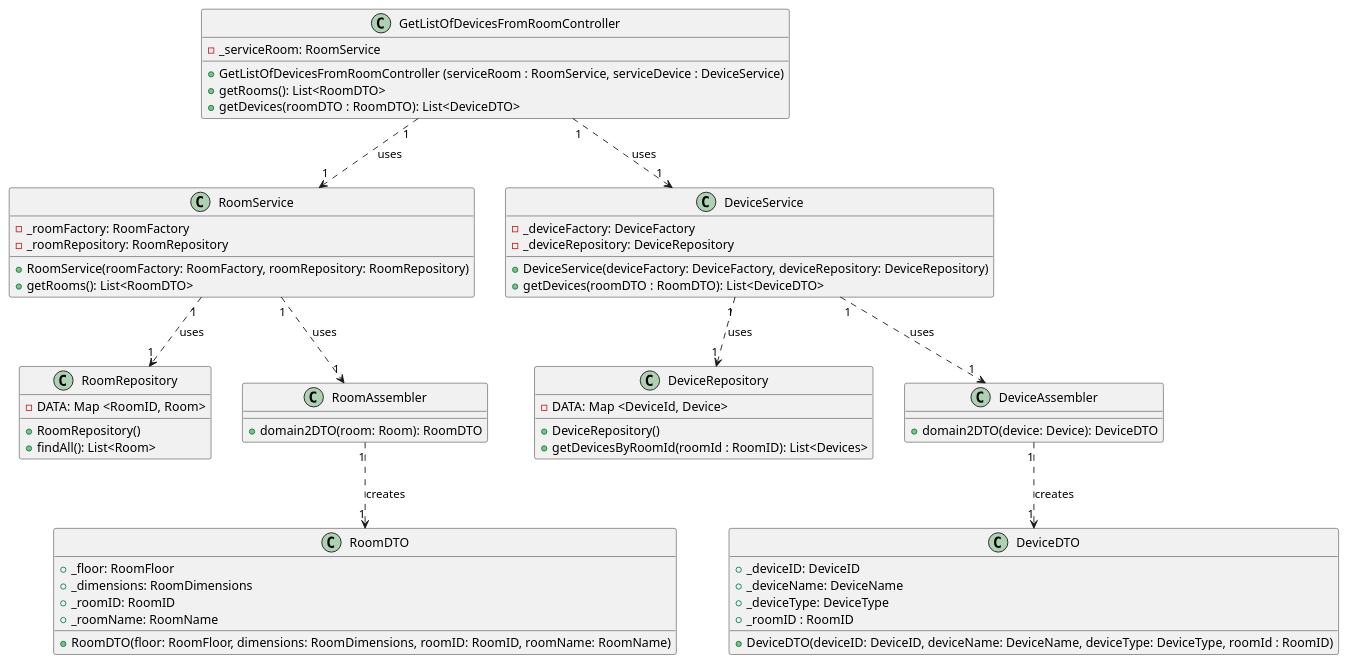
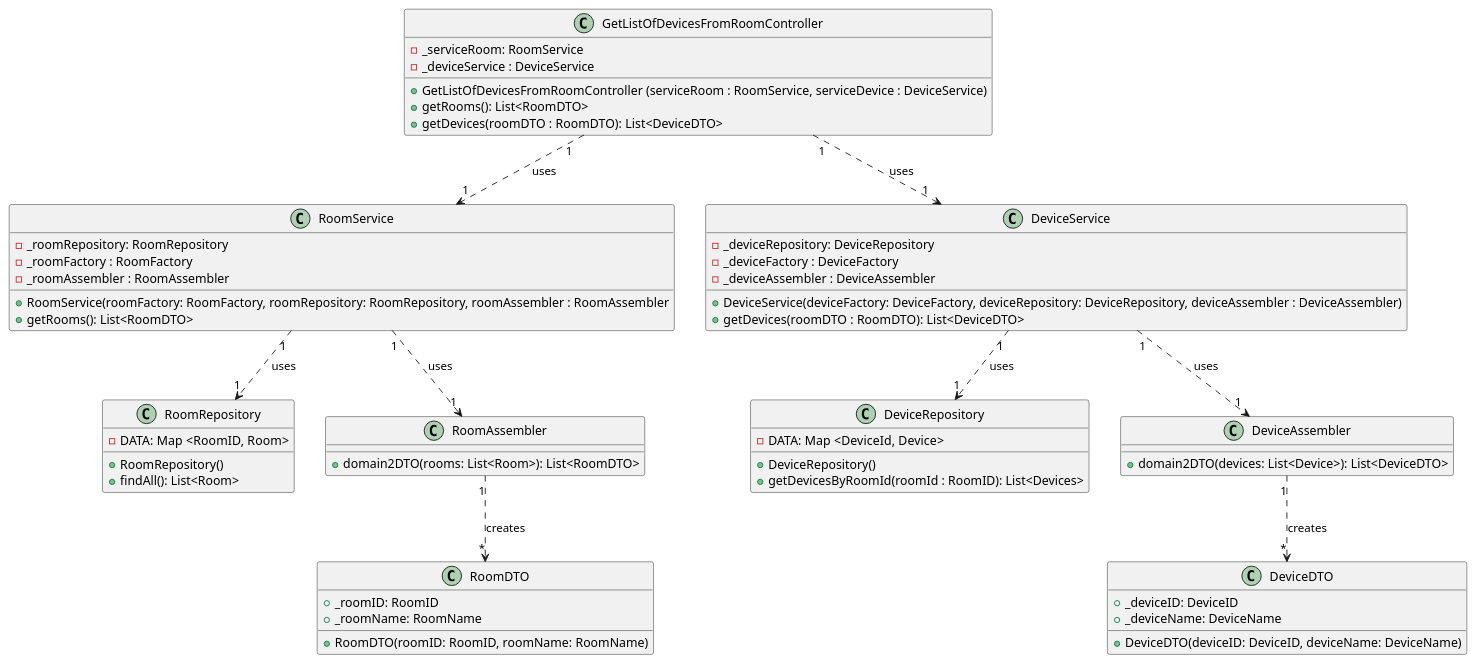
The diagram in docs/ood/classDiagram/US06GetListOfDevicesInRoom.puml (olivDiogo/SmartHome), drawn with PlantUML before and after one commit.

Commit message:
Update class diagram for US06 #75

```diff
--- a/docs/ood/classDiagram/US06GetListOfDevicesInRoom.puml
+++ b/docs/ood/classDiagram/US06GetListOfDevicesInRoom.puml
@@ -1,89 +1,88 @@
 @startuml
 'https://plantuml.com/class-diagram
 
 class GetListOfDevicesFromRoomController{
 'Attributes'
 - _serviceRoom: RoomService
+- _deviceService : DeviceService
 'Methods'
 +GetListOfDevicesFromRoomController (serviceRoom : RoomService, serviceDevice : DeviceService)
 +getRooms(): List<RoomDTO>
 +getDevices(roomDTO : RoomDTO): List<DeviceDTO>
 }
 
 class RoomService{
 'Attributes'
-- _roomFactory: RoomFactory
 - _roomRepository: RoomRepository
+-_roomFactory : RoomFactory
+- _roomAssembler : RoomAssembler
 'Methods'
-+RoomService(roomFactory: RoomFactory, roomRepository: RoomRepository)
++RoomService(roomFactory: RoomFactory, roomRepository: RoomRepository, roomAssembler : RoomAssembler
 +getRooms(): List<RoomDTO>
 }
 
 
 class RoomRepository{
 'Attributes'
 - DATA: Map <RoomID, Room>
 'Methods'
 +RoomRepository()
 +findAll(): List<Room>
 }
 
 class RoomAssembler{
 'Methods'
-+domain2DTO(room: Room): RoomDTO
++domain2DTO(rooms: List<Room>): List<RoomDTO>
 }
 
 class RoomDTO{
 'Attributes'
-+_floor: RoomFloor
-+_dimensions: RoomDimensions
 +_roomID: RoomID
 +_roomName: RoomName
 'Methods'
-+RoomDTO(floor: RoomFloor, dimensions: RoomDimensions, roomID: RoomID, roomName: RoomName)
++RoomDTO(roomID: RoomID, roomName: RoomName)
 }
 
 class DeviceService{
 'Attributes'
-- _deviceFactory: DeviceFactory
 - _deviceRepository: DeviceRepository
+- _deviceFactory : DeviceFactory
+- _deviceAssembler : DeviceAssembler
 'Methods'
-+DeviceService(deviceFactory: DeviceFactory, deviceRepository: DeviceRepository)
++DeviceService(deviceFactory: DeviceFactory, deviceRepository: DeviceRepository, deviceAssembler : DeviceAssembler)
 +getDevices(roomDTO : RoomDTO): List<DeviceDTO>
 }
 
 class DeviceRepository{
 'Attributes'
 - DATA: Map <DeviceId, Device>
 'Methods'
 +DeviceRepository()
 +getDevicesByRoomId(roomId : RoomID): List<Devices>
 }
 
 class DeviceAssembler {
 'Methods'
-+domain2DTO(device: Device): DeviceDTO
++domain2DTO(devices: List<Device>): List<DeviceDTO>
 }
 
 class DeviceDTO{
 'Attributes'
 +_deviceID: DeviceID
 +_deviceName: DeviceName
-+_deviceType: DeviceType
-+_roomID : RoomID
 'Methods'
-+DeviceDTO(deviceID: DeviceID, deviceName: DeviceName, deviceType: DeviceType, roomId : RoomID)
++DeviceDTO(deviceID: DeviceID, deviceName: DeviceName)
 }
 
 
 
 GetListOfDevicesFromRoomController "1" ..> "1" RoomService: uses
 RoomService "1" ..> "1" RoomRepository: uses
 RoomService "1" ..> "1" RoomAssembler: uses
-RoomAssembler "1" ..> "1" RoomDTO: creates
+RoomAssembler "1" ..> "*" RoomDTO: creates
 
 GetListOfDevicesFromRoomController "1" ..> "1" DeviceService: uses
 DeviceService "1" ..> "1" DeviceRepository: uses
 DeviceService "1" ..> "1" DeviceAssembler: uses
-DeviceAssembler "1" ..> "1" DeviceDTO: creates
+DeviceAssembler "1" ..> "*" DeviceDTO: creates
 @enduml
```
